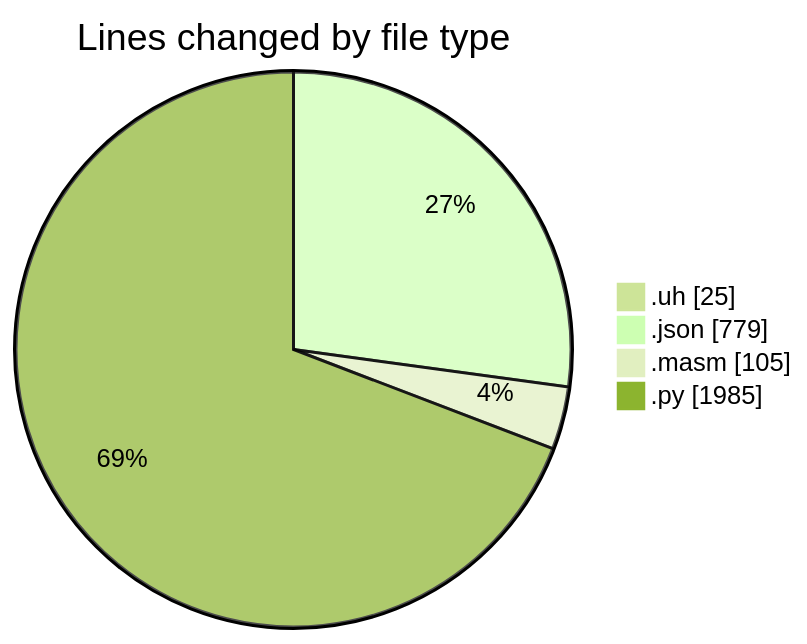
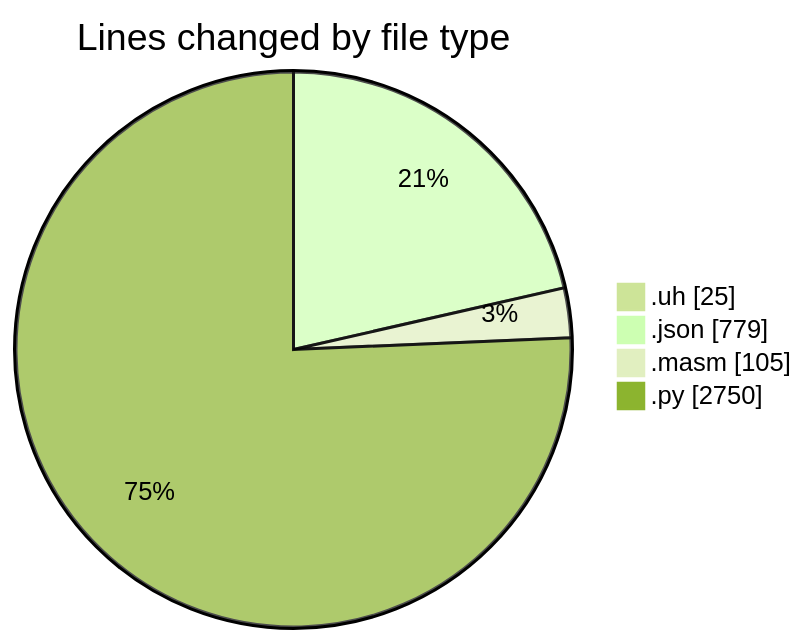
One commit to charlie-sans/code-tracking changed the first of 2 diagrams in 2025-04-30/uhigh-lang/README.md. Above: the diagram before and after it, drawn with Mermaid (forest theme). The commit also changed other lines of this file and 1 other file, not shown here.

````diff
--- a/2025-04-30/uhigh-lang/README.md
+++ b/2025-04-30/uhigh-lang/README.md
@@ -26,8 +26,8 @@
 ```mermaid
 pie showData
 title Lines changed by file type
 ".uh" : 25
 ".json" : 779
 ".masm" : 105
-".py" : 1985
+".py" : 2750
 ```
````
